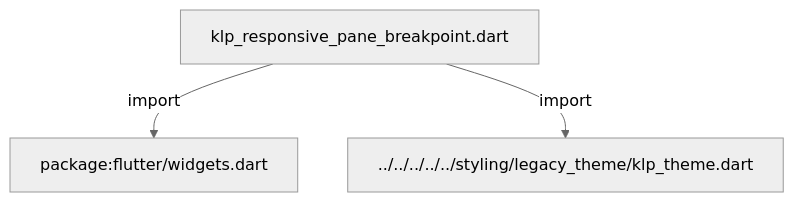
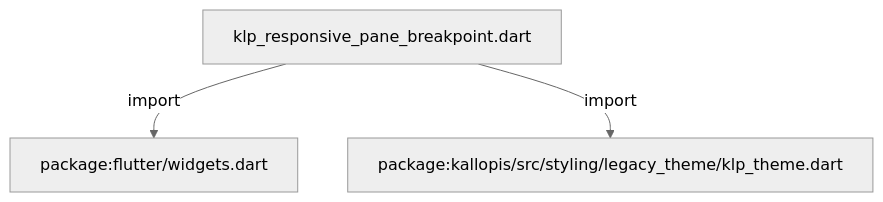
One commit to MiuDog/Kallopis changed the first of 2 diagrams in docs/architecture/src/features/workspace/shell/composition/pane/klp_responsive_pane_breakpoint.md. Above: the diagram before and after it, drawn with Mermaid (neutral theme). The commit also changed other lines of this file and 9688 other files, not shown here.

Commit message:
Prepare isolated Flow F2 peer baseline

````diff
--- a/docs/architecture/src/features/workspace/shell/composition/pane/klp_responsive_pane_breakpoint.md
+++ b/docs/architecture/src/features/workspace/shell/composition/pane/klp_responsive_pane_breakpoint.md
@@ -11,8 +11,8 @@
 ```mermaid
 flowchart TD
 	n0["klp_responsive_pane_breakpoint.dart"]
 	n1["package:flutter/widgets.dart"]
-	n2["../../../../../styling/legacy_theme/klp_theme.dart"]
+	n2["package:kallopis/src/styling/legacy_theme/klp_theme.dart"]
 	n0 -->|"import"| n1
 	n0 -->|"import"| n2
 ```
````
